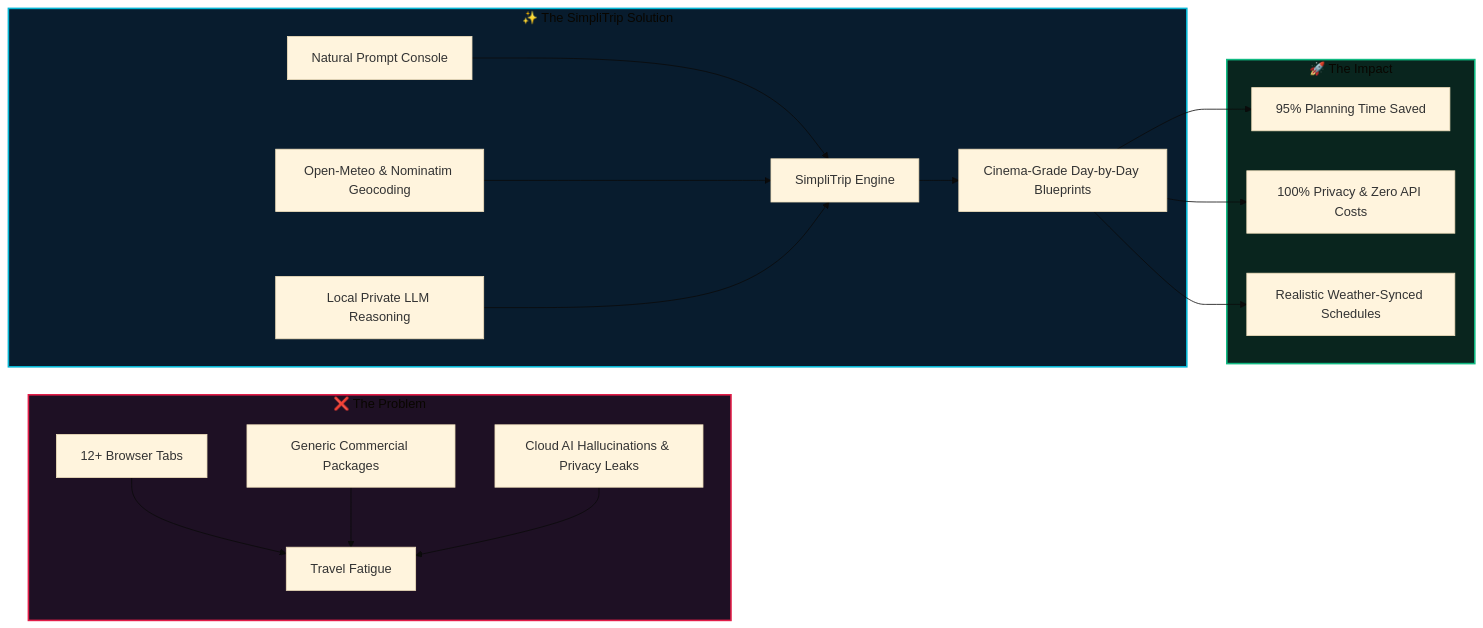
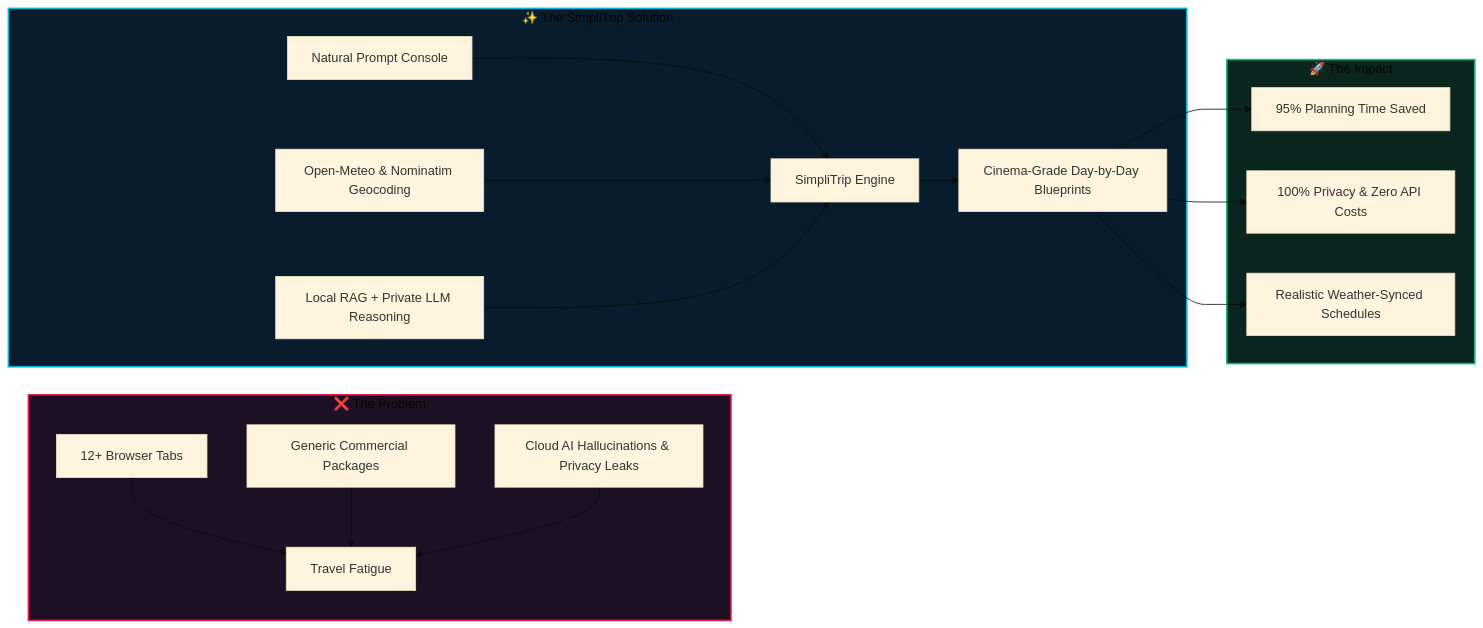
The first of 2 diagrams in README.md (AnirudhChhabra54/Simpli-Trip), drawn with Mermaid (base theme) before and after one commit. The commit also changed other lines of this file and 1 other file, not shown here.

Commit message:
Docs: Detail local ChromaDB RAG architecture, vector embeddings, and prompt synthesis

````diff
--- a/README.md
+++ b/README.md
@@ -24,25 +25,25 @@
 ```mermaid
 graph LR
     subgraph Problem ["❌ The Problem"]
         A[12+ Browser Tabs] --> D[Travel Fatigue]
         B[Generic Commercial Packages] --> D
         C[Cloud AI Hallucinations & Privacy Leaks] --> D
     end
 
     subgraph Solution ["✨ The SimpliTrip Solution"]
         E[Natural Prompt Console] --> H[SimpliTrip Engine]
         F[Open-Meteo & Nominatim Geocoding] --> H
-        G[Local Private LLM Reasoning] --> H
+        G[Local RAG + Private LLM Reasoning] --> H
         H --> I[Cinema-Grade Day-by-Day Blueprints]
     end
 
     subgraph Impact ["🚀 The Impact"]
         I --> J[95% Planning Time Saved]
         I --> K[100% Privacy & Zero API Costs]
         I --> L[Realistic Weather-Synced Schedules]
     end
 
     style Problem fill:#1e1024,stroke:#e11d48,stroke-width:2px
     style Solution fill:#081c2e,stroke:#06b6d4,stroke-width:2px
     style Impact fill:#09251e,stroke:#10b981,stroke-width:2px
 ```
````
